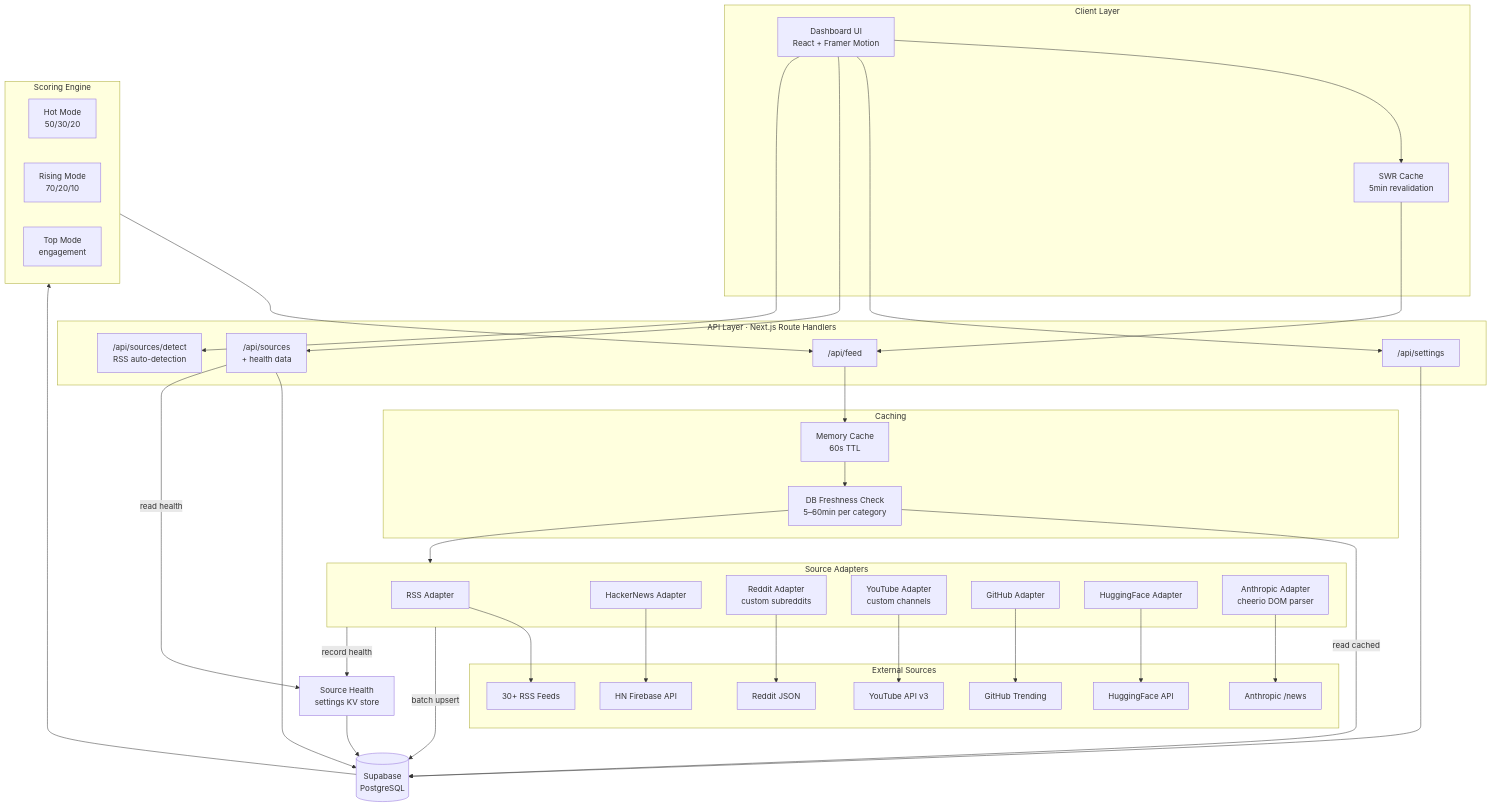
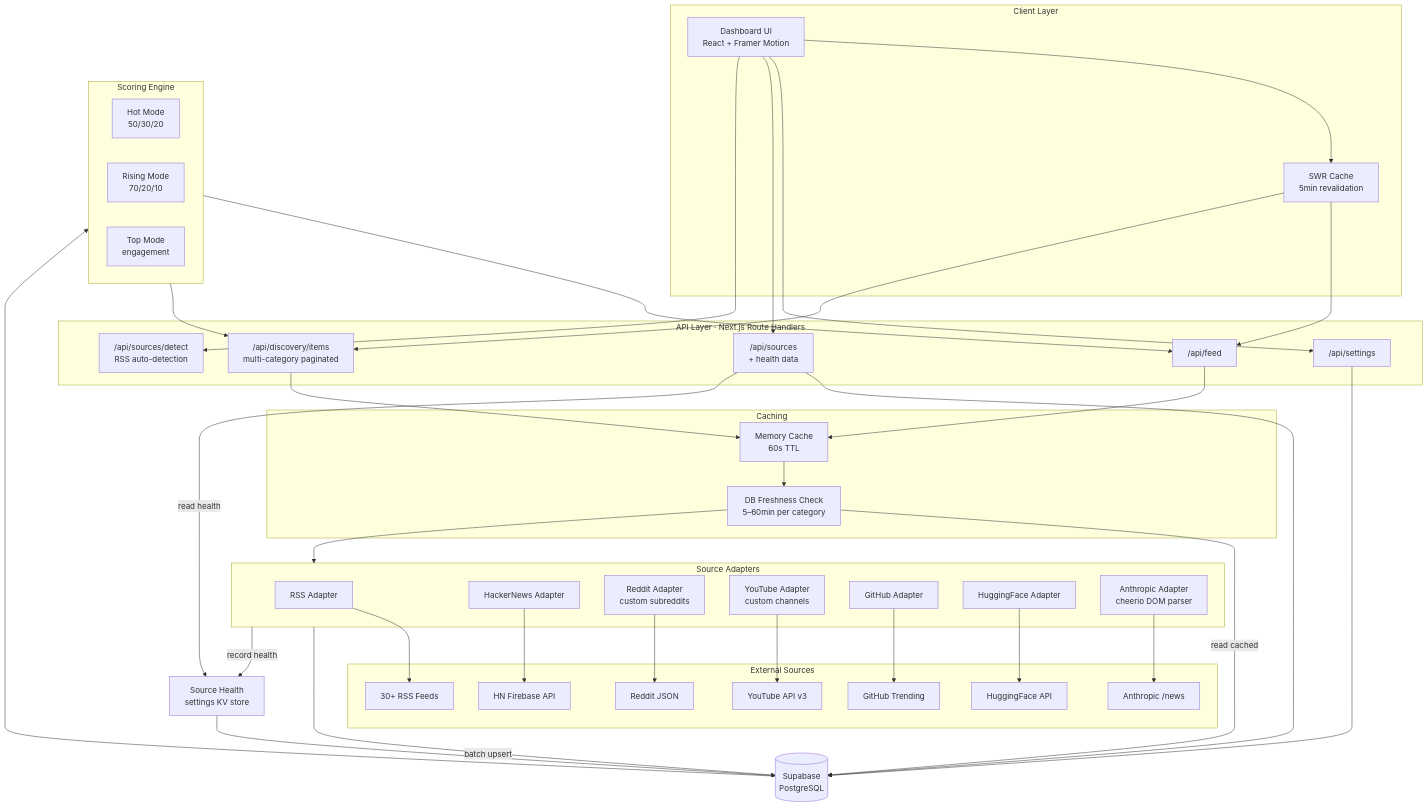
The diagram in docs/architecture.mmd (yairbederman/AI-Trends-Dashboard), drawn with Mermaid before and after one commit. The commit also changed 3 other files, not shown here.

First line of the commit message:
Add discovery API endpoint for multi-category paginated content

```diff
--- a/docs/architecture.mmd
+++ b/docs/architecture.mmd
@@ -1,75 +1,79 @@
 flowchart TD
     subgraph Client["Client Layer"]
         UI[Dashboard UI<br/>React + Framer Motion]
         SWR[SWR Cache<br/>5min revalidation]
     end
 
     subgraph API["API Layer · Next.js Route Handlers"]
         Feed["/api/feed"]
+        Discovery["/api/discovery/items<br/>multi-category paginated"]
         Settings["/api/settings"]
         Sources["/api/sources<br/>+ health data"]
         Detect["/api/sources/detect<br/>RSS auto-detection"]
     end
 
     subgraph Cache["Caching"]
         MemCache[Memory Cache<br/>60s TTL]
         DBCache[DB Freshness Check<br/>5–60min per category]
     end
 
     subgraph Adapters["Source Adapters"]
         RSS[RSS Adapter]
         HN[HackerNews Adapter]
         Reddit[Reddit Adapter<br/>custom subreddits]
         YT[YouTube Adapter<br/>custom channels]
         GH[GitHub Adapter]
         HF[HuggingFace Adapter]
         Anth[Anthropic Adapter<br/>cheerio DOM parser]
     end
 
     subgraph Scoring["Scoring Engine"]
         Hot[Hot Mode<br/>50/30/20]
         Rising[Rising Mode<br/>70/20/10]
         Top[Top Mode<br/>engagement]
     end
 
     subgraph External["External Sources"]
         RSSFeeds[30+ RSS Feeds]
         HNAPI[HN Firebase API]
         RedditJSON[Reddit JSON]
         YTAPI[YouTube API v3]
         GHTrending[GitHub Trending]
         HFAPI[HuggingFace API]
         AnthNews[Anthropic /news]
     end
 
     DB[(Supabase<br/>PostgreSQL)]
     Health[Source Health<br/>settings KV store]
 
     UI --> SWR
     SWR --> Feed
+    SWR --> Discovery
     UI --> Settings
     UI --> Sources
     UI --> Detect
 
     Feed --> MemCache
+    Discovery --> MemCache
     MemCache --> DBCache
     DBCache --> Adapters
 
     RSS --> RSSFeeds
     HN --> HNAPI
     Reddit --> RedditJSON
     YT --> YTAPI
     GH --> GHTrending
     HF --> HFAPI
     Anth --> AnthNews
 
     Adapters -->|batch upsert| DB
     Adapters -->|record health| Health
     DBCache -->|read cached| DB
     Settings --> DB
     Sources --> DB
     Sources -->|read health| Health
     Health --> DB
 
     DB --> Scoring
     Scoring --> Feed
+    Scoring --> Discovery
```
